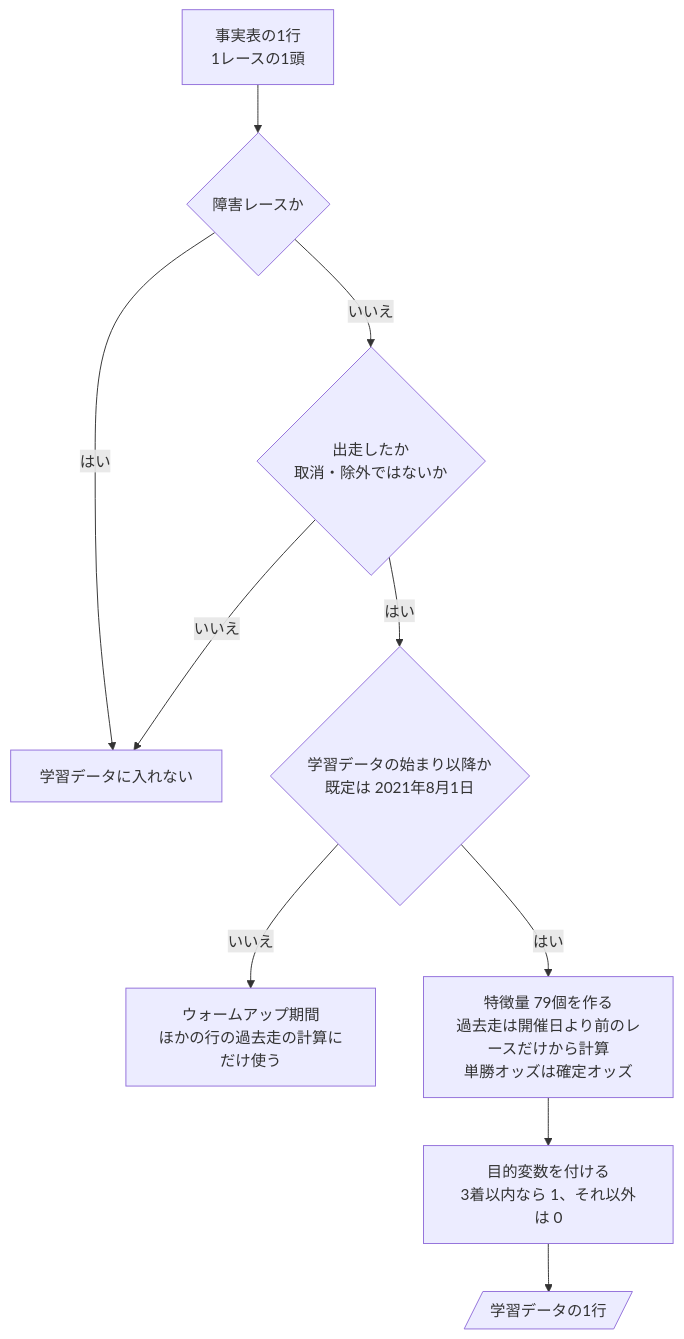
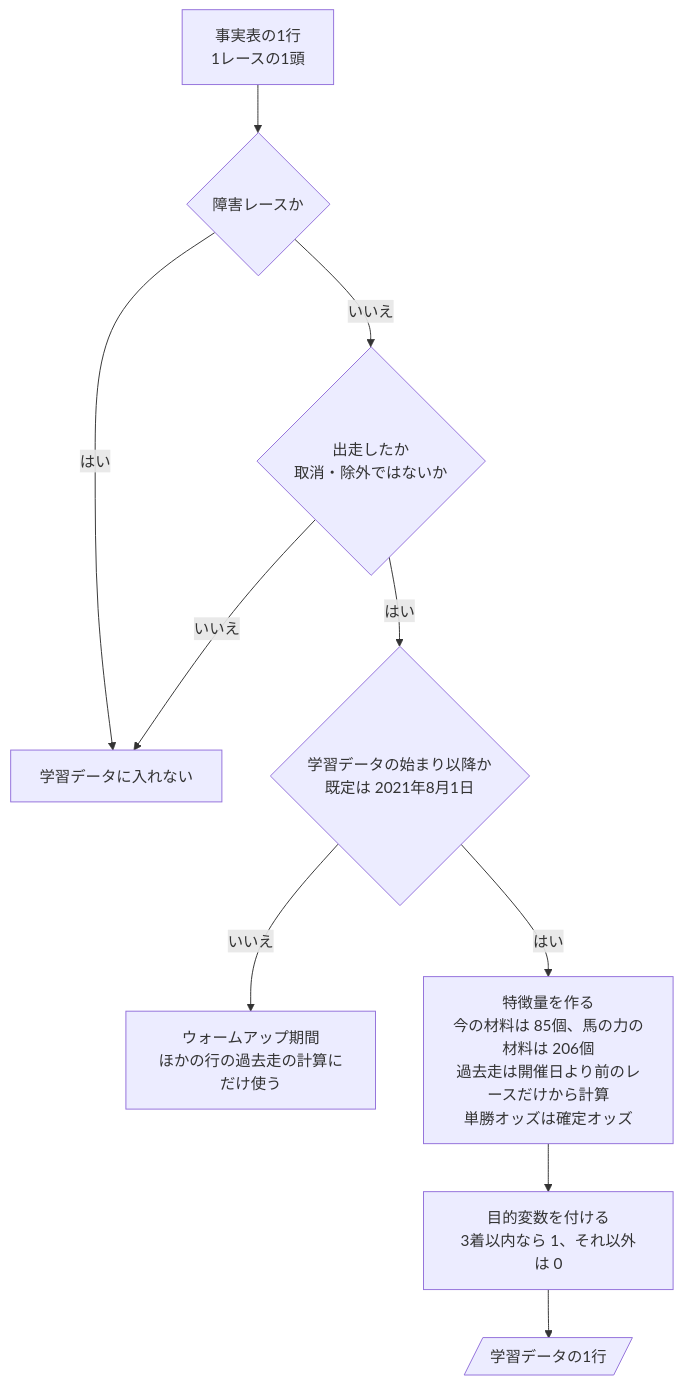
Before and after one commit to ht-0328/keiba-yosou: the first of 3 diagrams in docs/design/近走と適性から3着以内を予想/06-flowchart.md, drawn with Mermaid. The commit also changed other lines of this file and 11 other files, not shown here.

````diff
--- a/docs/design/近走と適性から3着以内を予想/06-flowchart.md
+++ b/docs/design/近走と適性から3着以内を予想/06-flowchart.md
@@ -26,12 +26,12 @@
 ```mermaid
 flowchart TD
     S["事実表の1行<br>1レースの1頭"] --> Q1{"障害レースか"}
     Q1 -->|はい| X["学習データに入れない"]
     Q1 -->|いいえ| Q2{"出走したか<br>取消・除外ではないか"}
     Q2 -->|いいえ| X
     Q2 -->|はい| Q3{"学習データの始まり以降か<br>既定は 2021年8月1日"}
     Q3 -->|いいえ| W["ウォームアップ期間<br>ほかの行の過去走の計算にだけ使う"]
-    Q3 -->|はい| F["特徴量 79個を作る<br>過去走は開催日より前のレースだけから計算<br>単勝オッズは確定オッズ"]
+    Q3 -->|はい| F["特徴量を作る<br>今の材料は 85個、馬の力の材料は 206個<br>過去走は開催日より前のレースだけから計算<br>単勝オッズは確定オッズ"]
     F --> T["目的変数を付ける<br>3着以内なら 1、それ以外は 0"]
     T --> R[/"学習データの1行"/]
 ```
````
